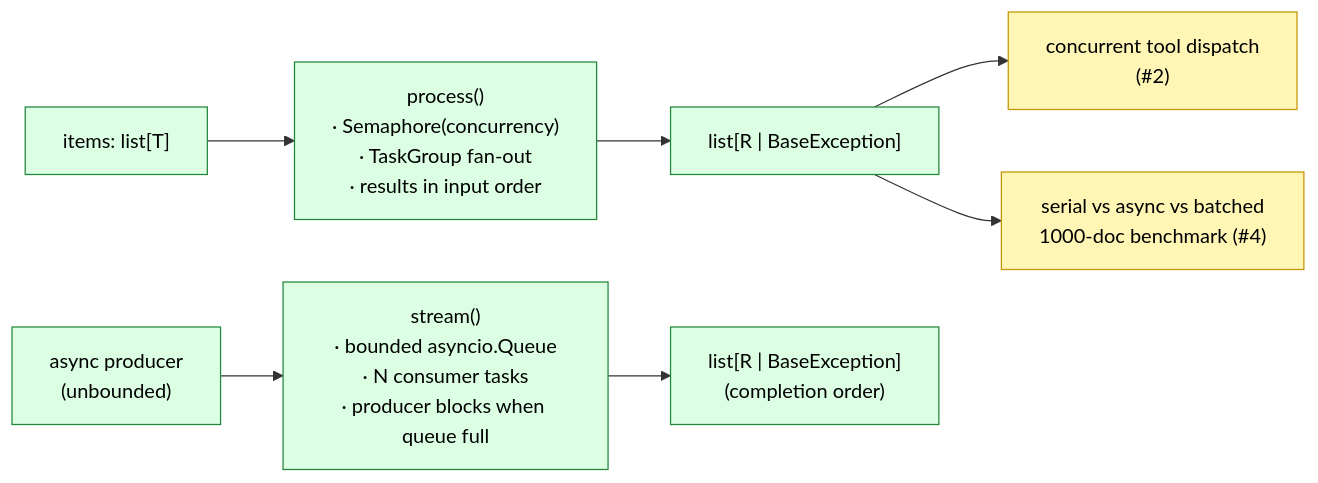
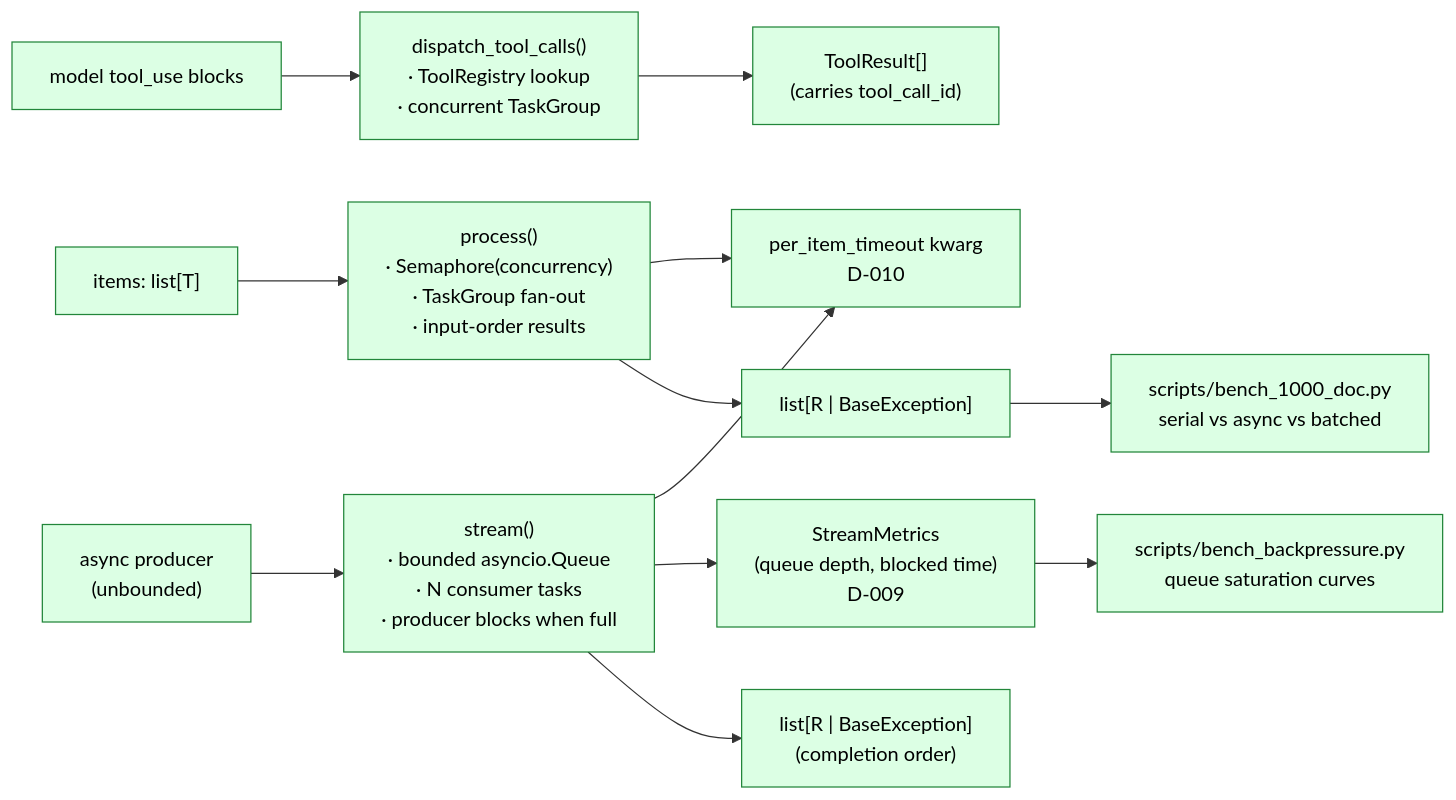
The first of 6 diagrams in docs/architecture.md (jt-mchorse/python-async-llm-pipelines), drawn with Mermaid before and after one commit. The commit also changed other lines of this file and 3 other files, not shown here.

First line of the commit message:
docs(architecture): cover all 5 shipped primitives + integrated lifecycle (#11) (#12)

````diff
--- a/docs/architecture.md
+++ b/docs/architecture.md
@@ -3,14 +11,20 @@
 ```mermaid
 flowchart LR
     classDef shipped fill:#dcffe4,stroke:#22863a,color:#000
-    classDef pending fill:#fff5b4,stroke:#c69400,color:#000
 
-    Items["items: list[T]"]:::shipped --> Process["process()<br/>· Semaphore(concurrency)<br/>· TaskGroup fan-out<br/>· results in input order"]:::shipped
+    Items["items: list[T]"]:::shipped --> Process["process()<br/>· Semaphore(concurrency)<br/>· TaskGroup fan-out<br/>· input-order results"]:::shipped
     Process --> Out["list[R | BaseException]"]:::shipped
 
-    Source["async producer<br/>(unbounded)"]:::shipped --> Stream["stream()<br/>· bounded asyncio.Queue<br/>· N consumer tasks<br/>· producer blocks when queue full"]:::shipped
+    Source["async producer<br/>(unbounded)"]:::shipped --> Stream["stream()<br/>· bounded asyncio.Queue<br/>· N consumer tasks<br/>· producer blocks when full"]:::shipped
     Stream --> Out2["list[R | BaseException]<br/>(completion order)"]:::shipped
 
-    Out --> Tool["concurrent tool dispatch<br/>(#2)"]:::pending
-    Out --> Bench["serial vs async vs batched<br/>1000-doc benchmark (#4)"]:::pending
+    TC["model tool_use blocks"]:::shipped --> Disp["dispatch_tool_calls()<br/>· ToolRegistry lookup<br/>· concurrent TaskGroup"]:::shipped
+    Disp --> TR["ToolResult[]<br/>(carries tool_call_id)"]:::shipped
+
+    Stream --> Met["StreamMetrics<br/>(queue depth, blocked time)<br/>D-009"]:::shipped
+    Process --> TO["per_item_timeout kwarg<br/>D-010"]:::shipped
+    Stream --> TO
+
+    Out --> Bench["scripts/bench_1000_doc.py<br/>serial vs async vs batched"]:::shipped
+    Met --> Bench2["scripts/bench_backpressure.py<br/>queue saturation curves"]:::shipped
 ```
````
